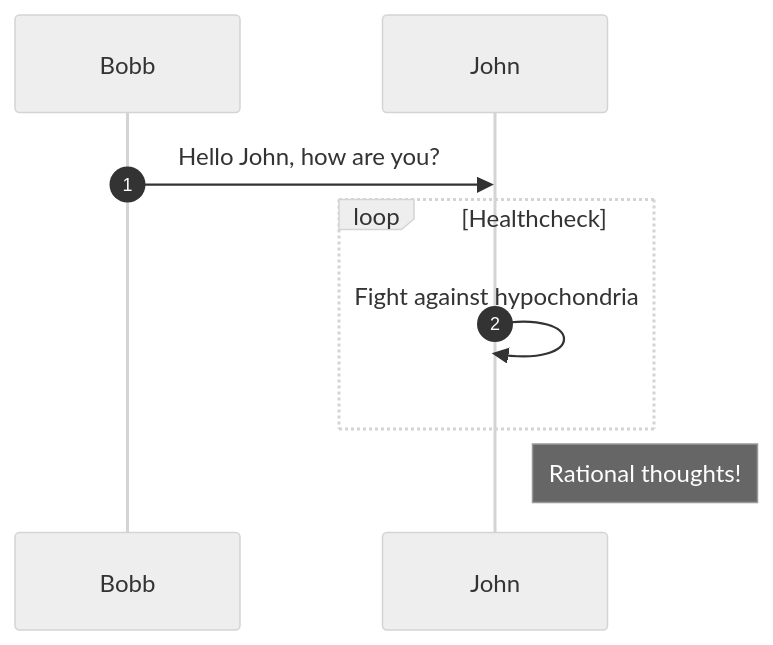
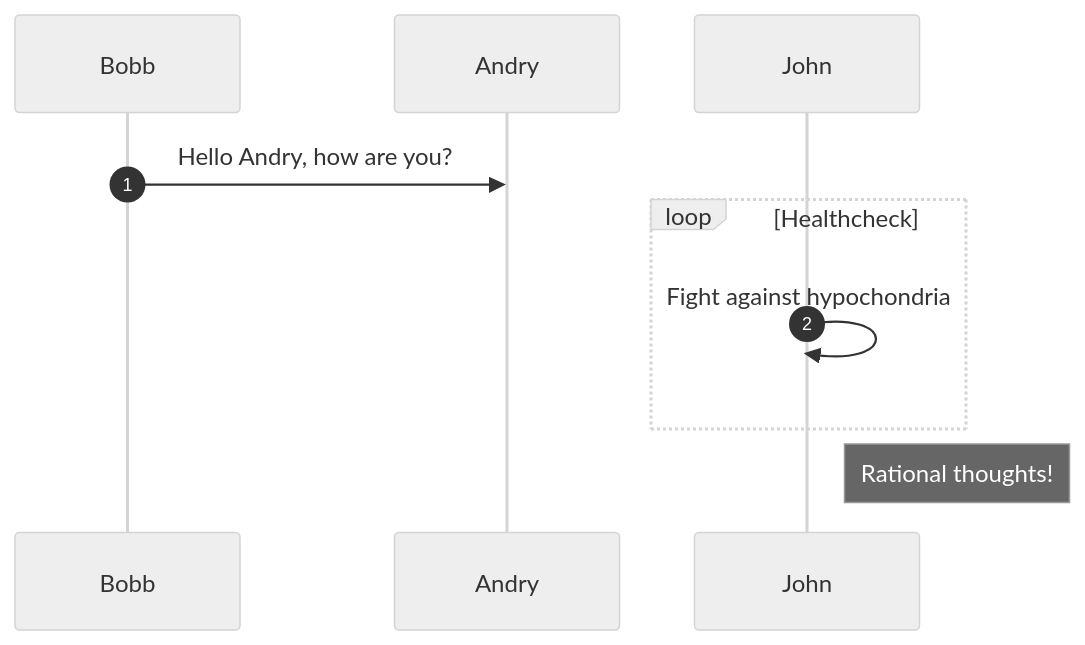
Before and after one commit to geksogen/Learn_GIT: the diagram in docs/sequence_diag.md, drawn with Mermaid (neutral theme).

````diff
--- a/docs/sequence_diag.md
+++ b/docs/sequence_diag.md
@@ -3,9 +3,9 @@
 ``` mermaid
 sequenceDiagram
   autonumber
-  Bobb->>John: Hello John, how are you?
+  Bobb->>Andry: Hello Andry, how are you?
   loop Healthcheck
       John->>John: Fight against hypochondria
   end
   Note right of John: Rational thoughts!
 ```
````
